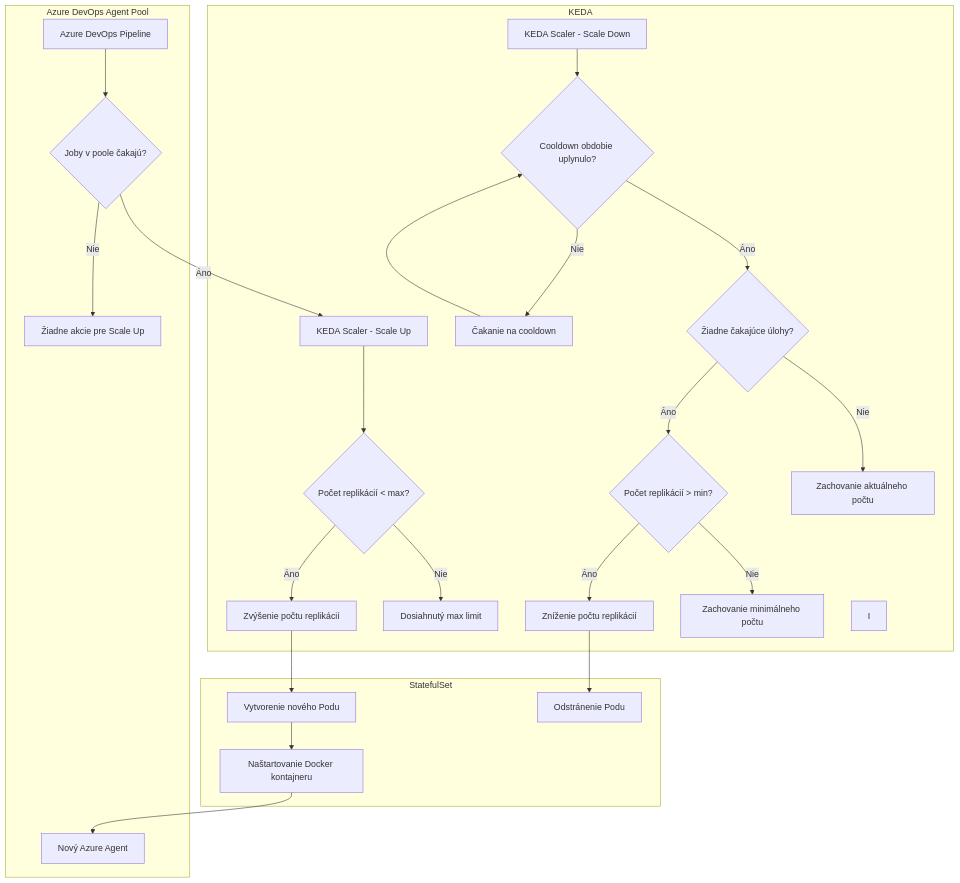
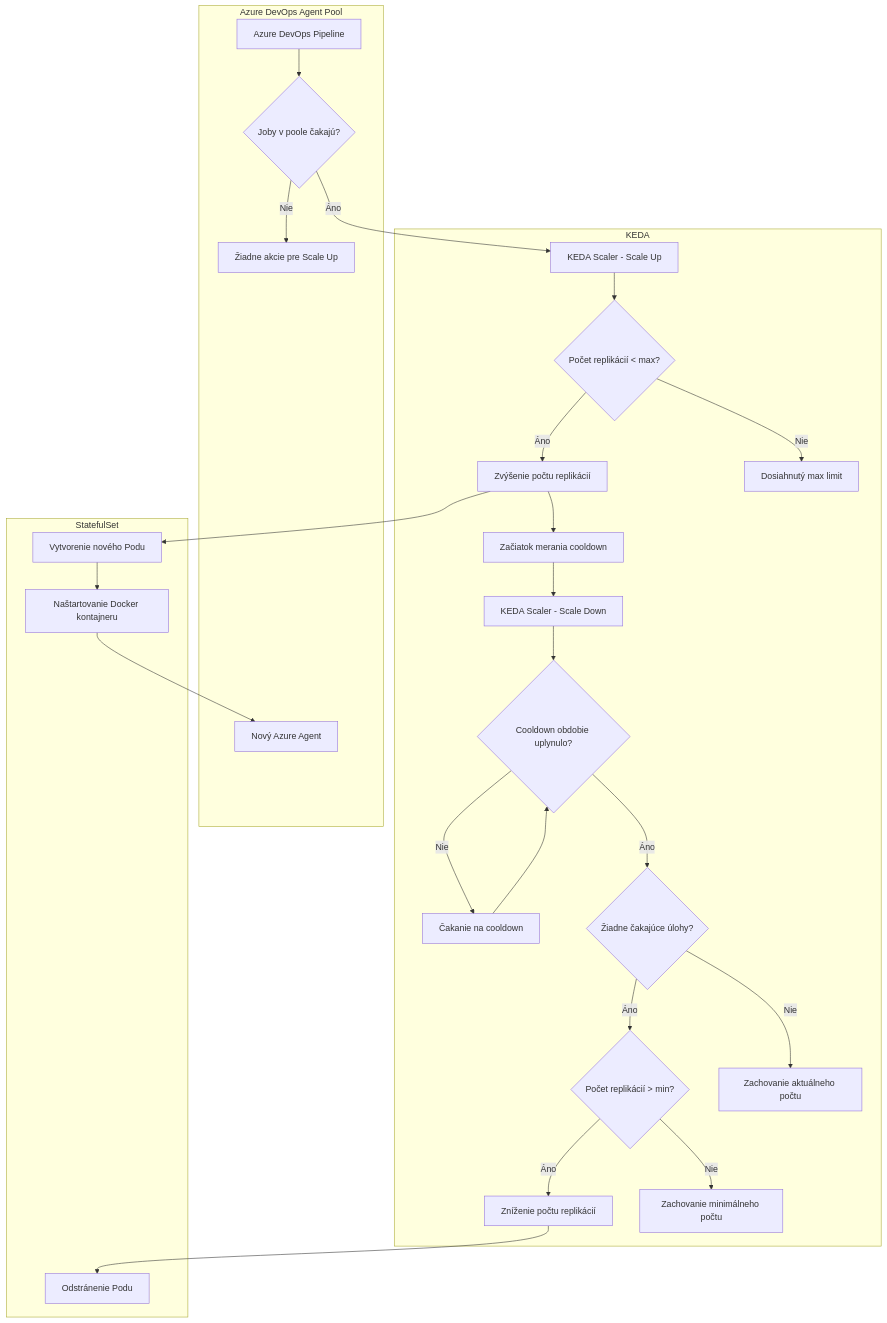
One commit to motycak/kros-sk.github.io changed the diagram in linuxmachine/user-documentation.md. Above: the diagram before and after it, drawn with Mermaid.

````diff
--- a/linuxmachine/user-documentation.md
+++ b/linuxmachine/user-documentation.md
@@ -39,54 +39,56 @@
 ```mermaid
 flowchart TD
     A[Azure DevOps Pipeline] --> B{Joby v poole čakajú?}
     B -->|Áno| C[KEDA Scaler - Scale Up]
     B -->|Nie| D[Žiadne akcie pre Scale Up]
     
     C --> F{Počet replikácií < max?}
     F -->|Áno| G[Zvýšenie počtu replikácií]
     F -->|Nie| H[Dosiahnutý max limit]
     
     G --> J[Vytvorenie nového Podu]
     J --> K[Naštartovanie Docker kontajneru]
     K --> L[Nový Azure Agent]
+    G --> M[Začiatok merania cooldown]
     
-    P[KEDA Scaler - Scale Down] --> Q{Cooldown obdobie uplynulo?}
+    M --> P[KEDA Scaler - Scale Down]
+    P --> Q{Cooldown obdobie uplynulo?}
     Q -->|Nie| R[Čakanie na cooldown]
     R --> Q
     Q -->|Áno| S{Žiadne čakajúce úlohy?}
     S -->|Áno| T{Počet replikácií > min?}
     T -->|Áno| U[Zníženie počtu replikácií]
     T -->|Nie| V[Zachovanie minimálneho počtu]
     S -->|Nie| W[Zachovanie aktuálneho počtu]
     
     U --> X[Odstránenie Podu]
     
     subgraph "KEDA"
         C
         F
         G
         H
-        I
+        M
         P
         Q
         R
         S
         T
         U
         V
         W
     end
     
     subgraph "Azure DevOps Agent Pool"
         A
         B
         D
         L
     end
     
     subgraph "StatefulSet"
         J
         K
         X
     end
 ```
````
